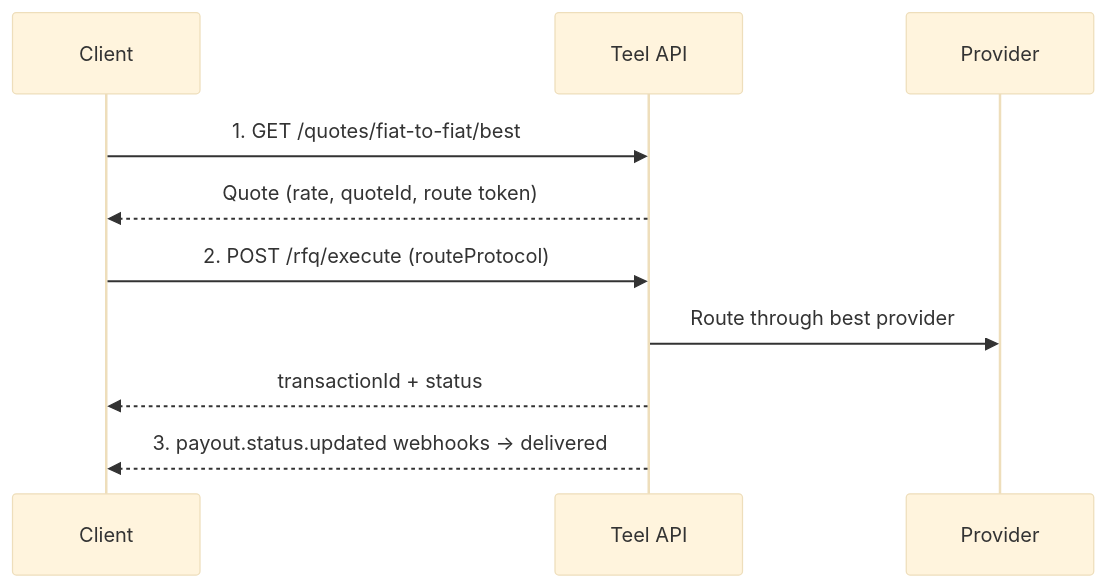
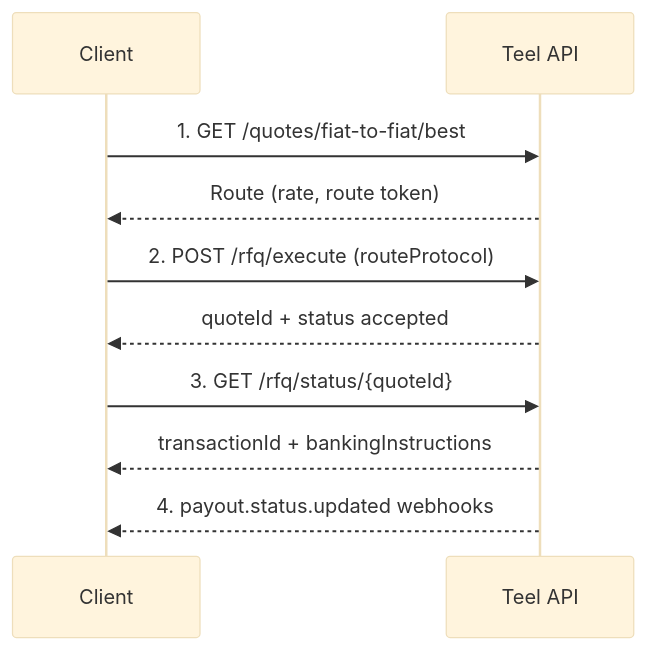
One commit to TeelOrg/docs changed the diagram in guides/fiat-to-fiat-payout.mdx. Above: the diagram before and after it, drawn with Mermaid (base theme). The commit also changed other lines of this file and 61 other files, not shown here.

````diff
--- a/guides/fiat-to-fiat-payout.mdx
+++ b/guides/fiat-to-fiat-payout.mdx
@@ -10,13 +10,13 @@
 ```mermaid
 sequenceDiagram
     participant Client
     participant API as Teel API
-    participant Provider
 
     Client->>API: 1. GET /quotes/fiat-to-fiat/best
-    API-->>Client: Quote (rate, quoteId, route token)
+    API-->>Client: Route (rate, route token)
     Client->>API: 2. POST /rfq/execute (routeProtocol)
-    API->>Provider: Route through best provider
-    API-->>Client: transactionId + status
-    API-->>Client: 3. payout.status.updated webhooks → delivered
+    API-->>Client: quoteId + status accepted
+    Client->>API: 3. GET /rfq/status/{quoteId}
+    API-->>Client: transactionId + bankingInstructions
+    API-->>Client: 4. payout.status.updated webhooks
 ```
````
